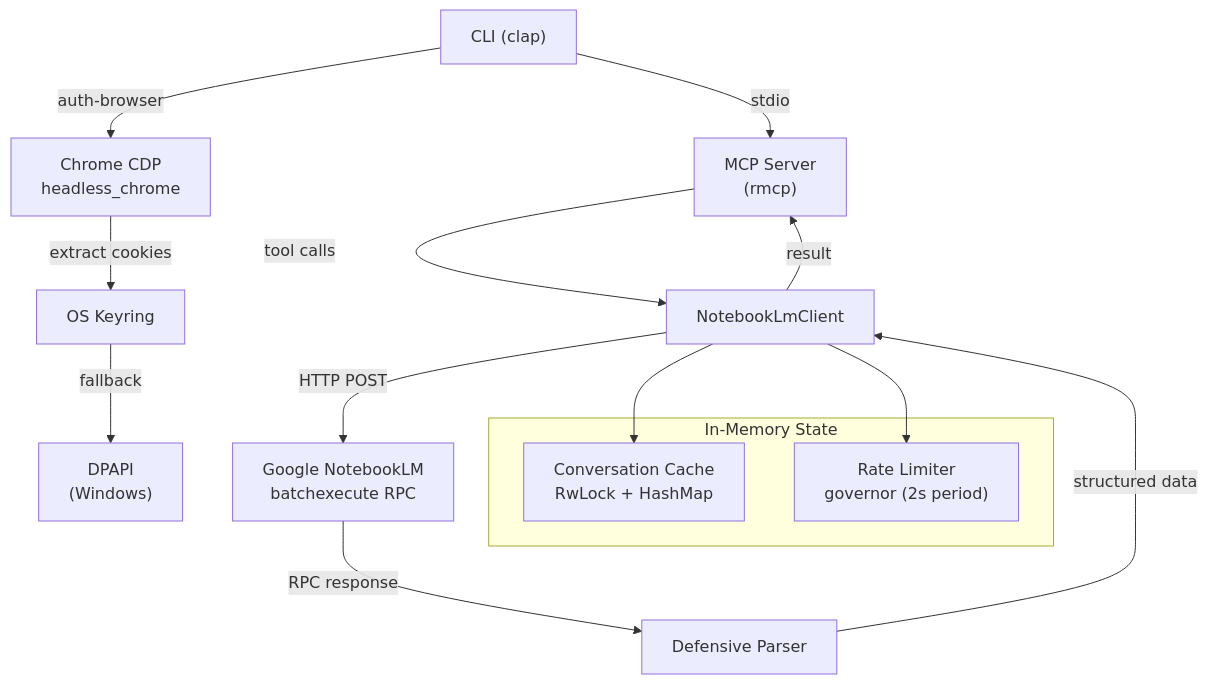
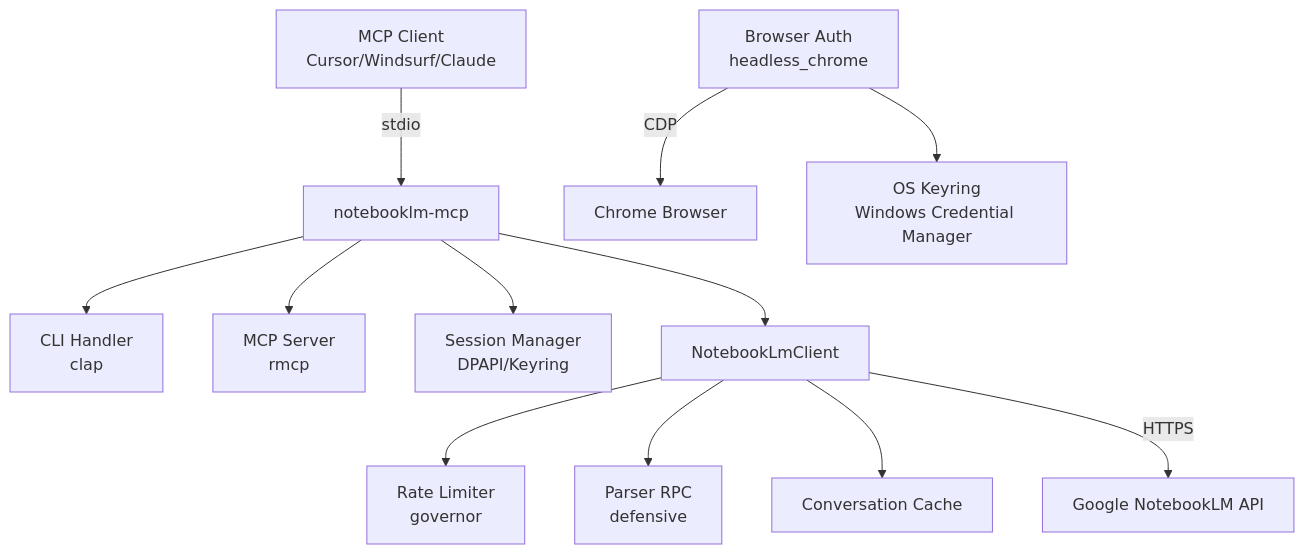
One commit to maisonnat/notebooklm-rust-mcp changed the first of 2 diagrams in docs/en/01-architecture.md. Above: the diagram before and after it, drawn with Mermaid. The commit also changed other lines of this file and 4 other files, not shown here.

````diff
--- a/docs/en/01-architecture.md
+++ b/docs/en/01-architecture.md
@@ -14,21 +18,15 @@
 ```mermaid
-graph TB
-    CLI["CLI (clap)"] -->|"auth-browser"| Browser["Chrome CDP<br/>headless_chrome"]
-    CLI -->|"stdio"| MCP["MCP Server<br/>(rmcp)"]
-    MCP -->|"tool calls"| Client["NotebookLmClient"]
-    Client -->|"HTTP POST"| Google["Google NotebookLM<br/>batchexecute RPC"]
-    Google -->|"RPC response"| Parser["Defensive Parser"]
-    Parser -->|"structured data"| Client
-    Client -->|"result"| MCP
-
-    Browser -->|"extract cookies"| Keyring["OS Keyring"]
-    Keyring -->|"fallback"| DPAPI["DPAPI<br/>(Windows)"]
-
-    subgraph "In-Memory State"
-        Cache["Conversation Cache<br/>RwLock + HashMap"]
-        Limiter["Rate Limiter<br/>governor (2s period)"]
-    end
-
-    Client --> Cache
-    Client --> Limiter
+graph TD
+    Client[MCP Client<br/>Cursor/Windsurf/Claude] -->|stdio| Server[notebooklm-mcp]
+    Server --> CLI[CLI Handler<br/>clap]
+    Server --> MCP[MCP Server<br/>rmcp]
+    Server --> Session[Session Manager<br/>DPAPI/Keyring]
+    Server --> ClientHTTP[NotebookLmClient]
+    ClientHTTP --> RateLimit[Rate Limiter<br/>governor]
+    ClientHTTP --> Parser[Parser RPC<br/>defensive]
+    ClientHTTP --> Cache[Conversation Cache]
+    ClientHTTP -->|HTTPS| Google[Google NotebookLM API]
+    
+    Auth[Browser Auth<br/>headless_chrome] -->|CDP| Chrome[Chrome Browser]
+    Auth --> Keyring[OS Keyring<br/>Windows Credential Manager]
 ```
````
